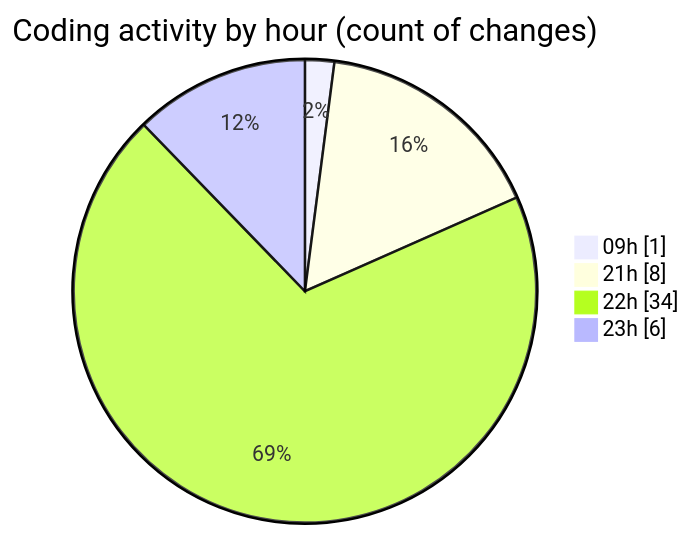
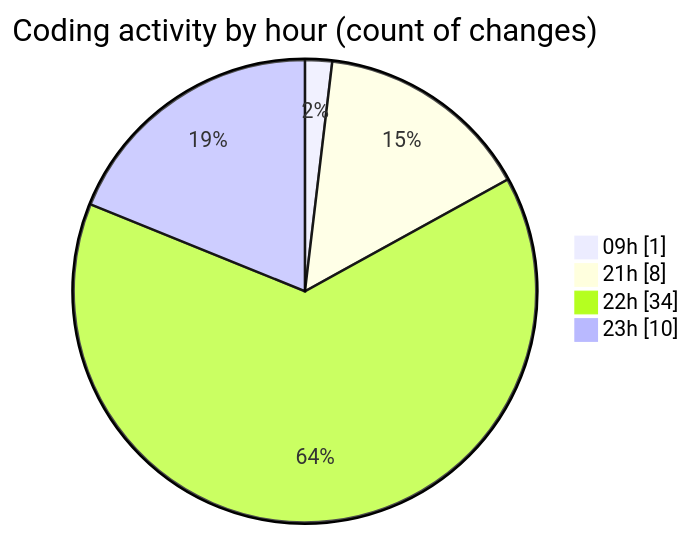
Before and after one commit to MatusMokan/code-tracking: the second of 2 diagrams in 2025-02-19/myws__workspace_/README.md, drawn with Mermaid. The commit also changed other lines of this file and 1 other file, not shown here.

````diff
--- a/2025-02-19/myws__workspace_/README.md
+++ b/2025-02-19/myws__workspace_/README.md
@@ -35,8 +35,8 @@
 ```mermaid
 pie showData
 title Coding activity by hour (count of changes)
 "09h" : 1
 "21h" : 8
 "22h" : 34
-"23h" : 6
+"23h" : 10
 ```
````
